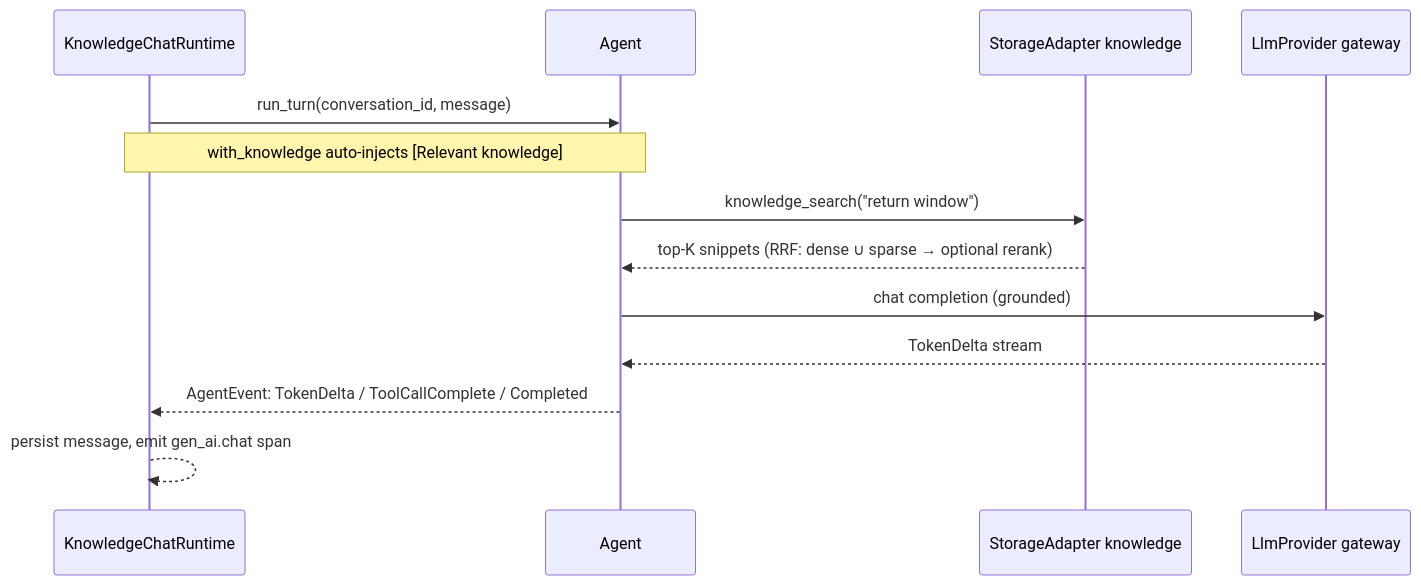
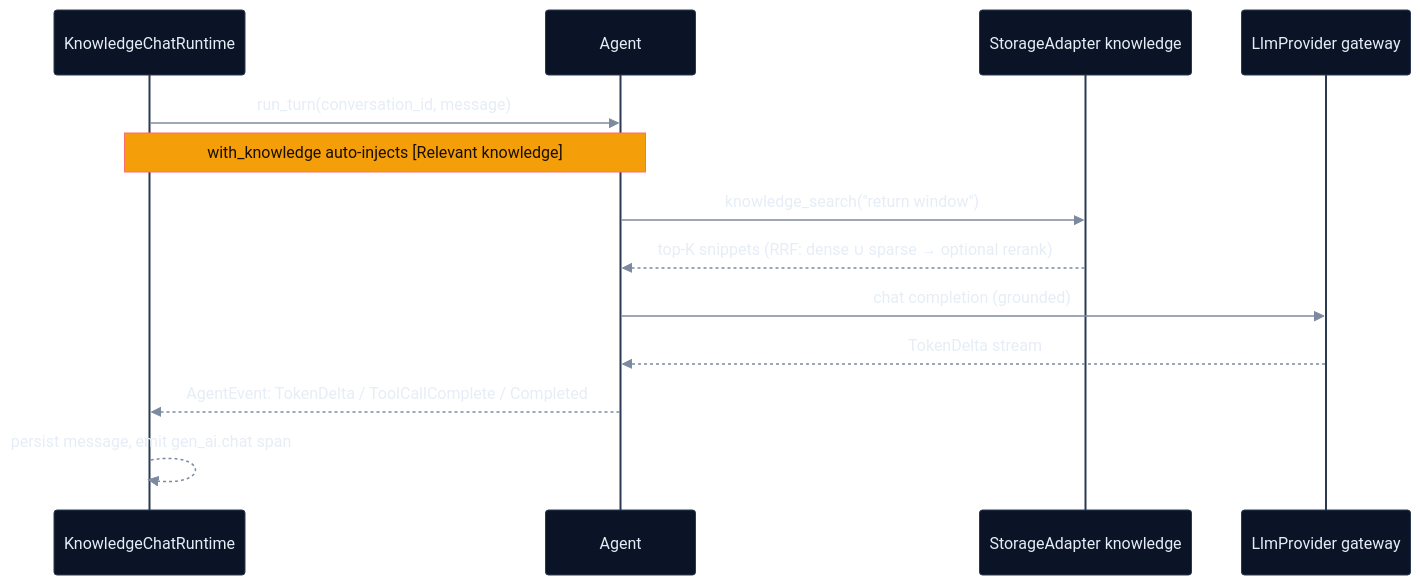
Before and after one commit to SmooAI/smooth-operator: the first of 2 diagrams in rust/README.md, drawn with Mermaid. The commit also changed other lines of this file and 8 other files, not shown here.

Commit message:
chore: glow up README + diagrams — hero banner, marketing callout (#6)

````diff
--- a/rust/README.md
+++ b/rust/README.md
@@ -75,16 +75,17 @@
 ```mermaid
+%%{init: {'theme':'base','themeVariables':{'background':'#020618','primaryColor':'#0b1426','primaryTextColor':'#e6edf6','primaryBorderColor':'#2b3a52','lineColor':'#7c8aa0','actorBkg':'#0b1426','actorBorder':'#2b3a52','actorTextColor':'#e6edf6','signalColor':'#7c8aa0','signalTextColor':'#e6edf6','noteBkgColor':'#f49f0a','noteTextColor':'#1a0f00','noteBorderColor':'#ff6b6c','fontFamily':'ui-sans-serif, system-ui, sans-serif'}}}%%
 sequenceDiagram
   participant R as KnowledgeChatRuntime
   participant A as Agent
   participant K as StorageAdapter knowledge
   participant L as LlmProvider gateway
 
   R->>A: run_turn(conversation_id, message)
   Note over R,A: with_knowledge auto-injects [Relevant knowledge]
   A->>K: knowledge_search("return window")
   K-->>A: top-K snippets (RRF: dense ∪ sparse → optional rerank)
   A->>L: chat completion (grounded)
   L-->>A: TokenDelta stream
   A-->>R: AgentEvent: TokenDelta / ToolCallComplete / Completed
   R-->>R: persist message, emit gen_ai.chat span
 ```
````
